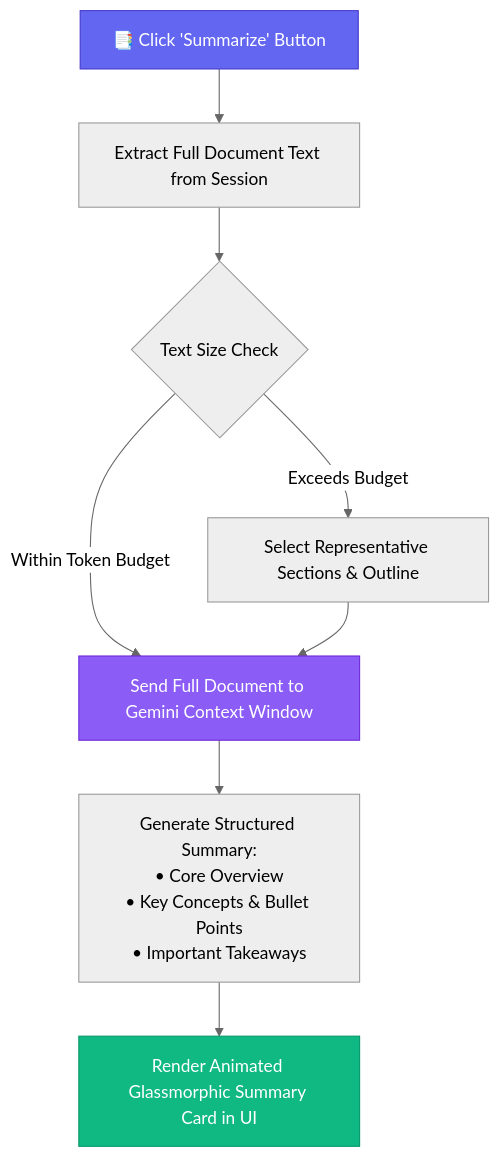
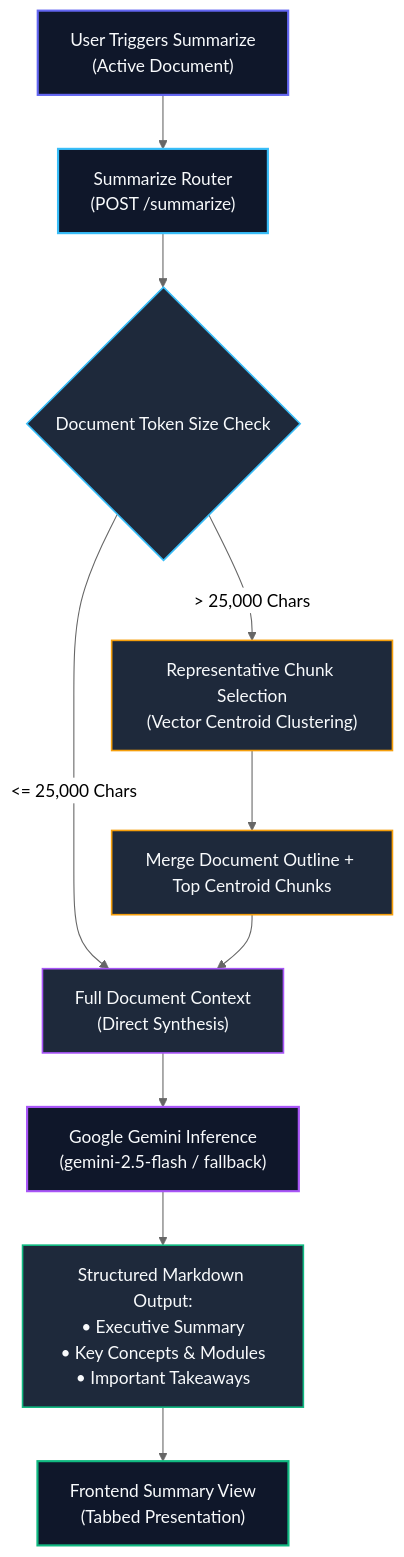
One commit to mani30mk/Document-AI-Chatbot changed the fourth of 4 diagrams in README.md. Above: the diagram before and after it, drawn with Mermaid (neutral theme). The commit also changed other lines of this file, not shown here.

Commit message:
Update README with professional architecture flow diagrams and modular structure

````diff
--- a/README.md
+++ b/README.md
@@ -61,13 +151,22 @@
 ```mermaid
 flowchart TD
-    Start["📑 Click 'Summarize' Button"] --> Fetch["Extract Full Document Text from Session"]
-    Fetch --> Truncate{"Text Size Check"}
-    Truncate -->|"Within Token Budget"| Gemini["Send Full Document to Gemini Context Window"]
-    Truncate -->|"Exceeds Budget"| TopP["Select Representative Sections & Outline"] --> Gemini
-    Gemini --> Format["Generate Structured Summary:<br/>• Core Overview<br/>• Key Concepts & Bullet Points<br/>• Important Takeaways"]
-    Format --> UI["Render Animated Glassmorphic Summary Card in UI"]
+    Trigger["User Triggers Summarize<br/>(Active Document)"] --> Request["Summarize Router<br/>(POST /summarize)"]
+    Request --> SizeCheck{"Document Token Size Check"}
+    SizeCheck -->|"<= 25,000 Chars"| Direct["Full Document Context<br/>(Direct Synthesis)"]
+    SizeCheck -->|"> 25,000 Chars"| Centroid["Representative Chunk Selection<br/>(Vector Centroid Clustering)"]
+    Centroid --> Outline["Merge Document Outline + Top Centroid Chunks"]
+    Outline --> Direct
+    Direct --> Gemini["Google Gemini Inference<br/>(gemini-2.5-flash / fallback)"]
+    Gemini --> Structured["Structured Markdown Output:<br/>• Executive Summary<br/>• Key Concepts & Modules<br/>• Important Takeaways"]
+    Structured --> Render["Frontend Summary View<br/>(Tabbed Presentation)"]
 
-    style Start fill:#6366f1,stroke:#4338ca,color:#fff
-    style Gemini fill:#8b5cf6,stroke:#6d28d9,color:#fff
-    style UI fill:#10b981,stroke:#059669,color:#fff
+    style Trigger fill:#0f172a,stroke:#6366f1,stroke-width:2px,color:#f8fafc
+    style Request fill:#0f172a,stroke:#38bdf8,stroke-width:2px,color:#f8fafc
+    style SizeCheck fill:#1e293b,stroke:#38bdf8,stroke-width:1.5px,color:#f8fafc
+    style Direct fill:#1e293b,stroke:#a855f7,stroke-width:1.5px,color:#f8fafc
+    style Centroid fill:#1e293b,stroke:#f59e0b,stroke-width:1.5px,color:#f8fafc
+    style Outline fill:#1e293b,stroke:#f59e0b,stroke-width:1.5px,color:#f8fafc
+    style Gemini fill:#0f172a,stroke:#a855f7,stroke-width:2px,color:#f8fafc
+    style Structured fill:#1e293b,stroke:#10b981,stroke-width:1.5px,color:#f8fafc
+    style Render fill:#0f172a,stroke:#10b981,stroke-width:2px,color:#f8fafc
 ```
````
